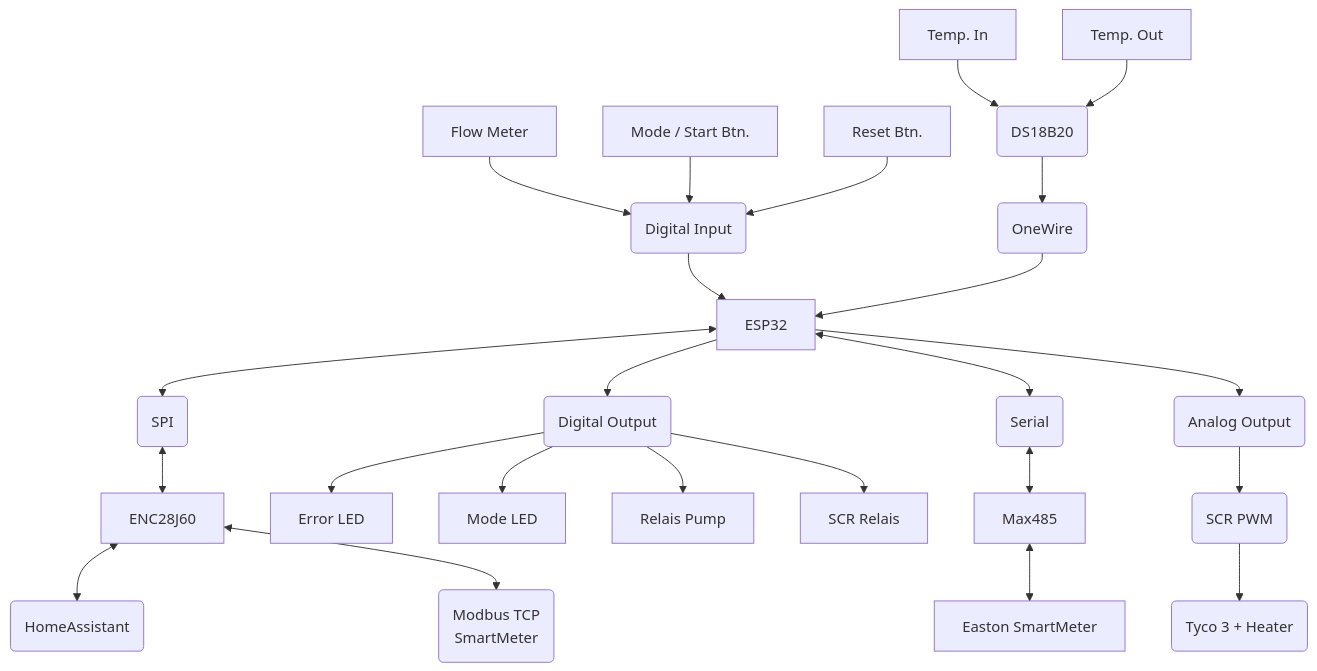
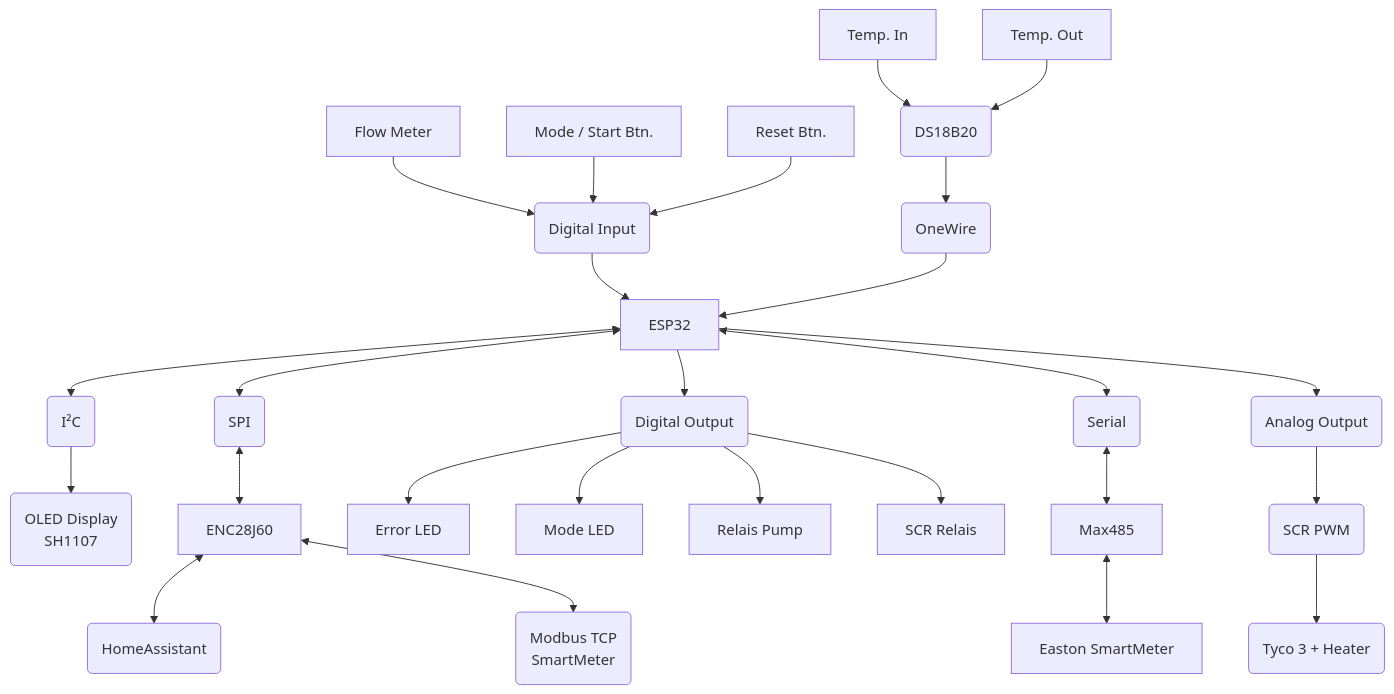
The diagram in README.md (Gamer08YT/PVHeating), drawn with Mermaid before and after one commit.

Commit message:
Update README.md mermaid diagram to include I2C and OLED display connections

````diff
--- a/README.md
+++ b/README.md
@@ -43,27 +43,29 @@
 ```mermaid
 graph TD
     ESP32 <--> SPI(SPI)
+    ESP32 <--> I2C(I²C)
+    I2C --> Display(OLED Display<br> SH1107) 
     SPI <--> ENC28J60
     Flow[Flow Meter] --> DigitalIn
     DigitalIn(Digital Input) --> ESP32
     Mode[Mode / Start Btn.] --> DigitalIn
     Reset[Reset Btn.] --> DigitalIn
     ESP32 --> DigitalOut(Digital Output)
     ENC28J60 <--> HA(HomeAssistant)
     ENC28J60 <--> TCP(Modbus TCP<br>SmartMeter)
     DigitalOut --> ErrorLed[Error LED]
     DigitalOut --> ModeLed[Mode LED]
     DigitalOut --> Pump[Relais Pump]
     DigitalOut --> SCR[SCR Relais]
     ESP32 <--> Serial(Serial)
     Serial <--> Max485
     Max485 <--> SmartMeter[Easton SmartMeter]
     OneWire(OneWire) --> ESP32
     DS18B20(DS18B20) --> OneWire
     TempIn[Temp. In] --> DS18B20
     TempOut[Temp. Out] --> DS18B20
     ESP32 --> Analog(Analog Output)
     Analog --> PWM(SCR PWM)
     PWM --> Tyco(Tyco 3 + Heater)
 
 ```
````
